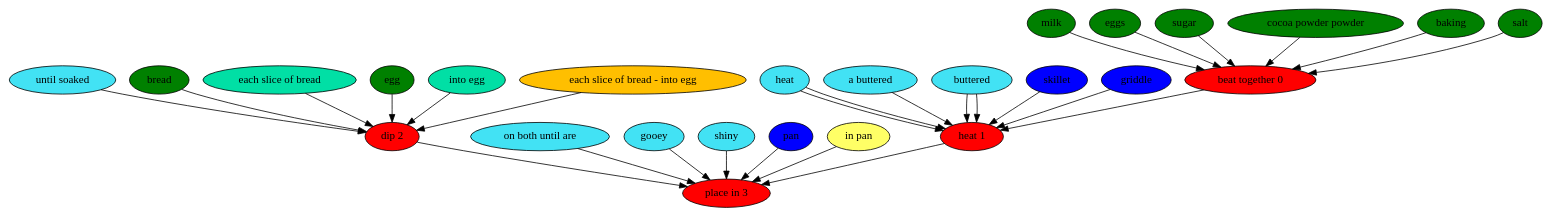
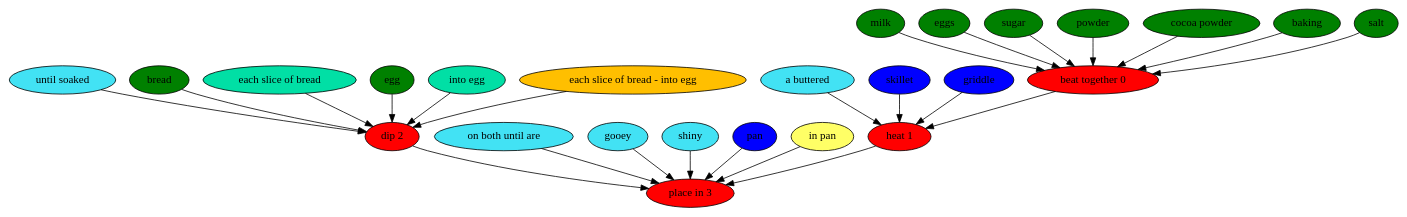
The diagram in results/paper/chocolate-french-toast-2.dot (can-keklik/RecipePostagger), drawn with Graphviz before and after one commit. The commit also changed 70 other files, not shown here.

```diff
--- a/results/paper/chocolate-french-toast-2.dot
+++ b/results/paper/chocolate-french-toast-2.dot
@@ -1,57 +1,51 @@
 digraph G {
 "beat together 0" [style=filled, fillcolor=red];
 milk [style=filled, fillcolor=green];
 milk -> "beat together 0";
 eggs [style=filled, fillcolor=green];
 eggs -> "beat together 0";
 sugar [style=filled, fillcolor=green];
 sugar -> "beat together 0";
-"cocoa powder powder" [style=filled, fillcolor=green];
-"cocoa powder powder" -> "beat together 0";
+powder [style=filled, fillcolor=green];
+powder -> "beat together 0";
+"cocoa powder" [style=filled, fillcolor=green];
+"cocoa powder" -> "beat together 0";
 baking [style=filled, fillcolor=green];
 baking -> "beat together 0";
 salt [style=filled, fillcolor=green];
 salt -> "beat together 0";
 "heat 1" [style=filled, fillcolor=red];
-heat [style=filled, fillcolor="#42e2f4"];
-heat -> "heat 1";
-heat [style=filled, fillcolor="#42e2f4"];
-heat -> "heat 1";
 "a buttered" [style=filled, fillcolor="#42e2f4"];
 "a buttered" -> "heat 1";
-buttered [style=filled, fillcolor="#42e2f4"];
-buttered -> "heat 1";
-buttered [style=filled, fillcolor="#42e2f4"];
-buttered -> "heat 1";
 skillet [style=filled, fillcolor="#0000ff"];
 skillet -> "heat 1";
 griddle [style=filled, fillcolor="#0000ff"];
 griddle -> "heat 1";
 "dip 2" [style=filled, fillcolor=red];
 "until soaked" [style=filled, fillcolor="#42e2f4"];
 "until soaked" -> "dip 2";
 bread [style=filled, fillcolor=green];
 bread -> "dip 2";
 "each slice of bread" [style=filled, fillcolor="#01DFA5"];
 "each slice of bread" -> "dip 2";
 egg [style=filled, fillcolor=green];
 egg -> "dip 2";
 "into egg" [style=filled, fillcolor="#01DFA5"];
 "into egg" -> "dip 2";
 "each slice of bread - into egg" [style=filled, fillcolor="#FFBF00"];
 "each slice of bread - into egg" -> "dip 2";
 "place in 3" [style=filled, fillcolor=red];
 "on both until are" [style=filled, fillcolor="#42e2f4"];
 "on both until are" -> "place in 3";
 gooey [style=filled, fillcolor="#42e2f4"];
 gooey -> "place in 3";
 shiny [style=filled, fillcolor="#42e2f4"];
 shiny -> "place in 3";
 pan [style=filled, fillcolor="#0000ff"];
 pan -> "place in 3";
 "in pan" [style=filled, fillcolor="#ffff66"];
 "in pan" -> "place in 3";
 "beat together 0" -> "heat 1";
 "heat 1" -> "place in 3";
 "dip 2" -> "place in 3";
 }
```
